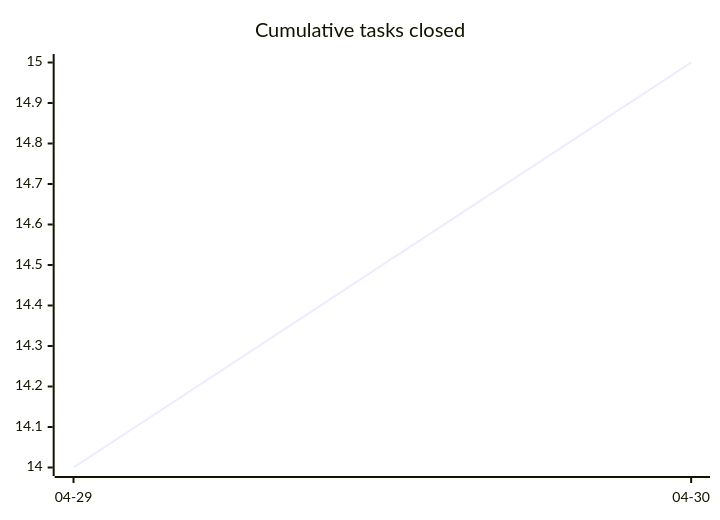
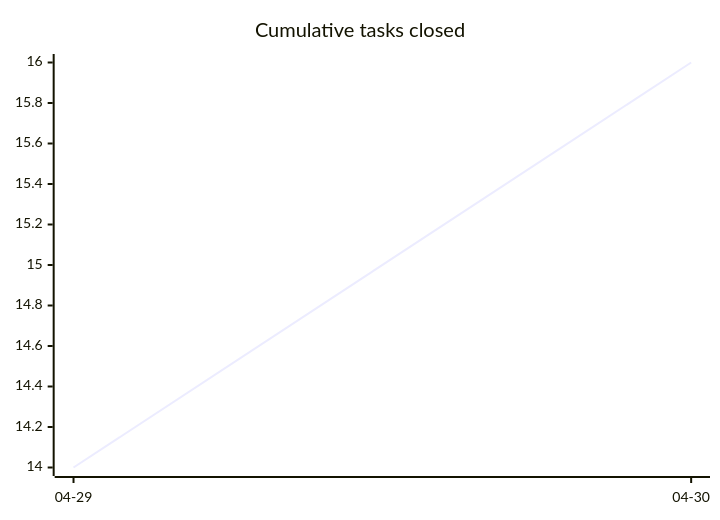
One commit to tgd1975/AwesomeStudioPedal changed the first of 3 diagrams in docs/developers/tasks/OVERVIEW.md. Above: the diagram before and after it, drawn with Mermaid. The commit also changed other lines of this file and 8 other files, not shown here.

````diff
--- a/docs/developers/tasks/OVERVIEW.md
+++ b/docs/developers/tasks/OVERVIEW.md
@@ -20,6 +20,6 @@
 ```mermaid
 xychart-beta
     title "Cumulative tasks closed"
     x-axis ["04-29", "04-30"]
-    line [14, 15]
+    line [14, 16]
 ```
````
